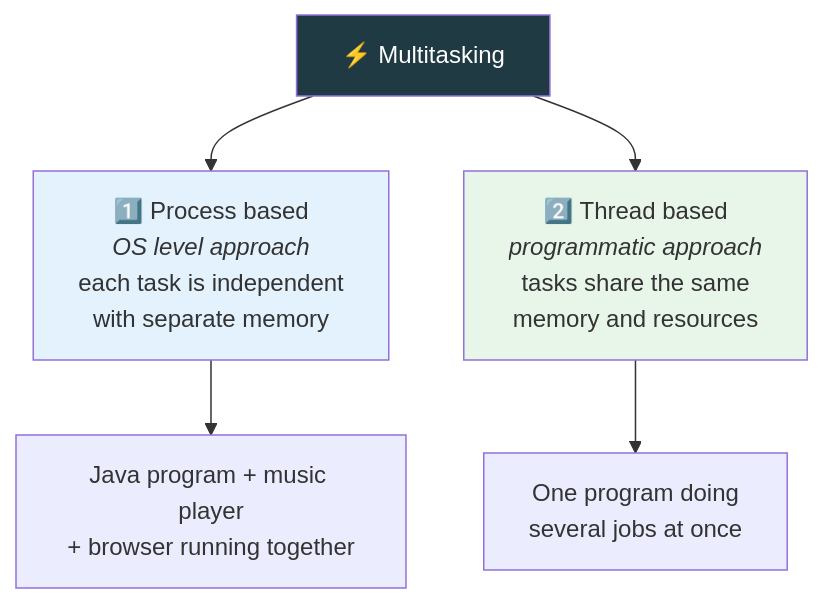
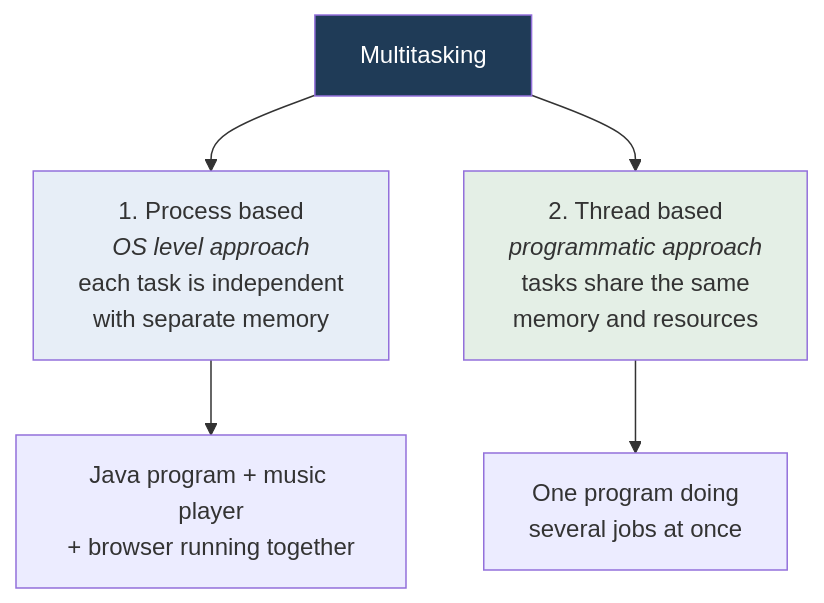
The diagram in src/Theory/09-Multi-Threading/01-Multitasking.md (kundankumarsharma56/Leaning-Java), drawn with Mermaid before and after one commit. The commit also changed other lines of this file and 84 other files, not shown here.

````diff
--- a/src/Theory/09-Multi-Threading/01-Multitasking.md
+++ b/src/Theory/09-Multi-Threading/01-Multitasking.md
@@ -23,10 +23,10 @@
 ```mermaid
 flowchart TD
-    M["⚡ Multitasking"] --> P["1️⃣ Process based<br/><i>OS level approach</i><br/>each task is independent<br/>with separate memory"]
-    M --> T["2️⃣ Thread based<br/><i>programmatic approach</i><br/>tasks share the same<br/>memory and resources"]
+    M["Multitasking"] --> P["1. Process based<br/><i>OS level approach</i><br/>each task is independent<br/>with separate memory"]
+    M --> T["2. Thread based<br/><i>programmatic approach</i><br/>tasks share the same<br/>memory and resources"]
     P --> P1["Java program + music player<br/>+ browser running together"]
     T --> T1["One program doing<br/>several jobs at once"]
-    style M fill:#203a43,color:#fff
-    style P fill:#e3f2fd
-    style T fill:#e8f5e9
+    style M fill:#1f3b57,color:#fff
+    style P fill:#e7eef7
+    style T fill:#e4efe6
 ```
````
